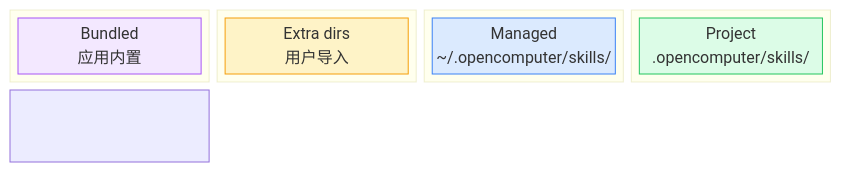
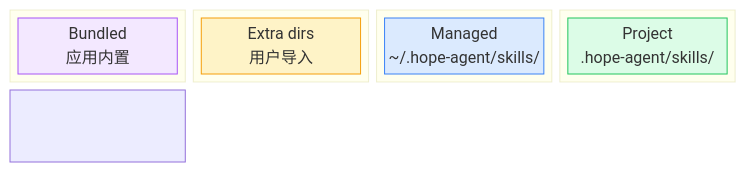
One commit to shiwenwen/hope-agent changed the second of 18 diagrams in docs/architecture/skill-system.md. Above: the diagram before and after it, drawn with Mermaid. The commit also changed other lines of this file and 727 other files, not shown here.

First line of the commit message:
chore(rename): OpenComputer → Hope Agent（随 0.1.0 首发一把切换）

````diff
--- a/docs/architecture/skill-system.md
+++ b/docs/architecture/skill-system.md
@@ -166,23 +166,23 @@
 ```mermaid
 block-beta
     columns 4
     block:lowest:1
         B["Bundled<br/>应用内置"]
     end
     block:low:1
         E["Extra dirs<br/>用户导入"]
     end
     block:mid:1
-        M["Managed<br/>~/.opencomputer/skills/"]
+        M["Managed<br/>~/.hope-agent/skills/"]
     end
     block:high:1
-        P["Project<br/>.opencomputer/skills/"]
+        P["Project<br/>.hope-agent/skills/"]
     end
 
     lowest --> low --> mid --> high
 
     style B fill:#f3e8ff,stroke:#a855f7
     style E fill:#fef3c7,stroke:#f59e0b
     style M fill:#dbeafe,stroke:#3b82f6
     style P fill:#dcfce7,stroke:#22c55e
 ```
````
